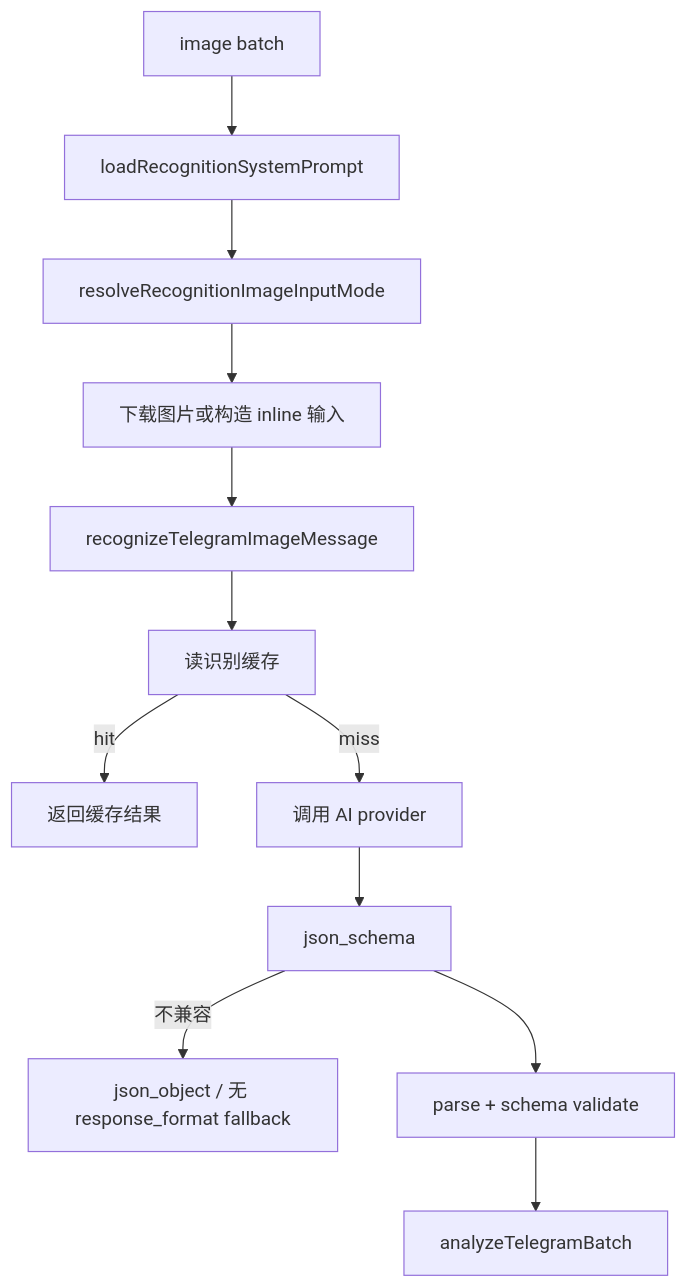
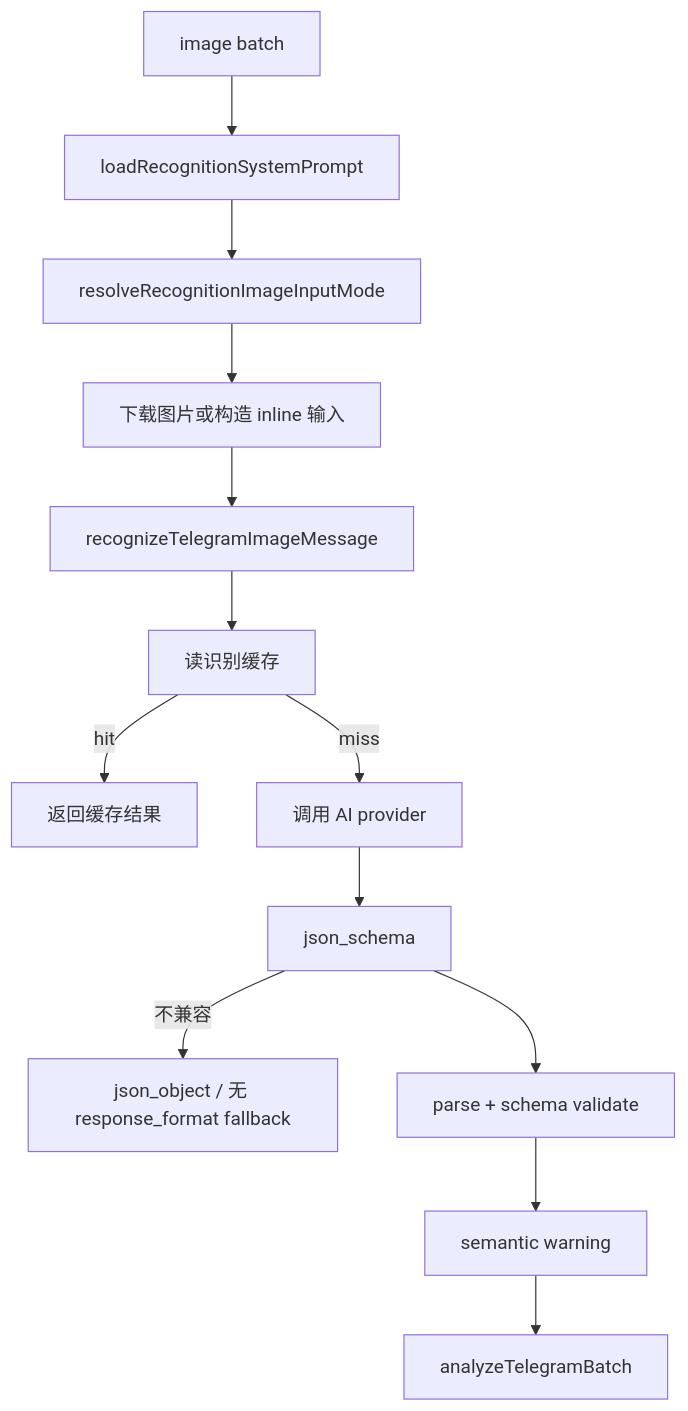
The diagram in docs/02_系统核心逻辑/图片识别逻辑.md (soulgo/training_records), drawn with Mermaid before and after one commit. The commit also changed other lines of this file and 75 other files, not shown here.

````diff
--- a/docs/02_系统核心逻辑/图片识别逻辑.md
+++ b/docs/02_系统核心逻辑/图片识别逻辑.md
@@ -5,14 +5,15 @@
 ```mermaid
 flowchart TD
   A[image batch] --> B[loadRecognitionSystemPrompt]
   B --> C[resolveRecognitionImageInputMode]
   C --> D[下载图片或构造 inline 输入]
   D --> E[recognizeTelegramImageMessage]
   E --> F[读识别缓存]
   F -->|hit| G[返回缓存结果]
   F -->|miss| H[调用 AI provider]
   H --> I[json_schema]
   I -->|不兼容| J[json_object / 无 response_format fallback]
   I --> K[parse + schema validate]
-  K --> L[analyzeTelegramBatch]
+  K --> L[semantic warning]
+  L --> M[analyzeTelegramBatch]
 ```
````
